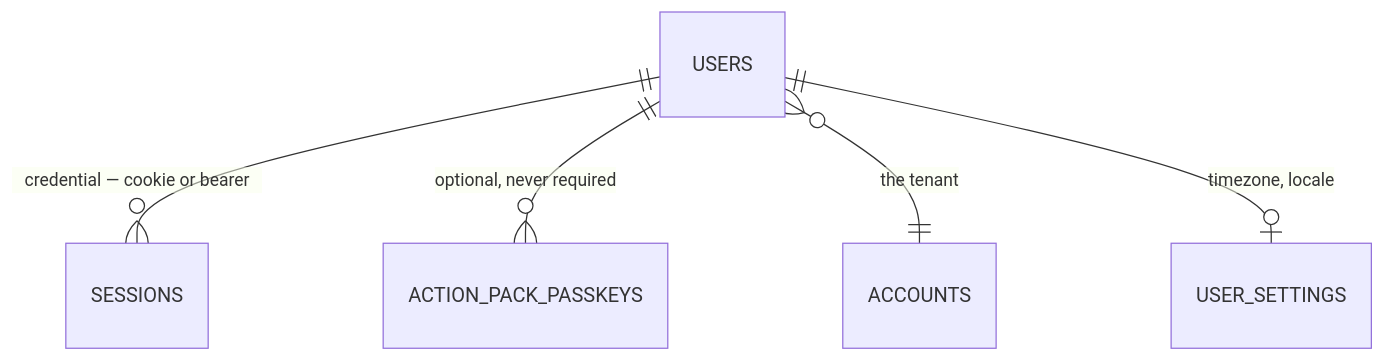
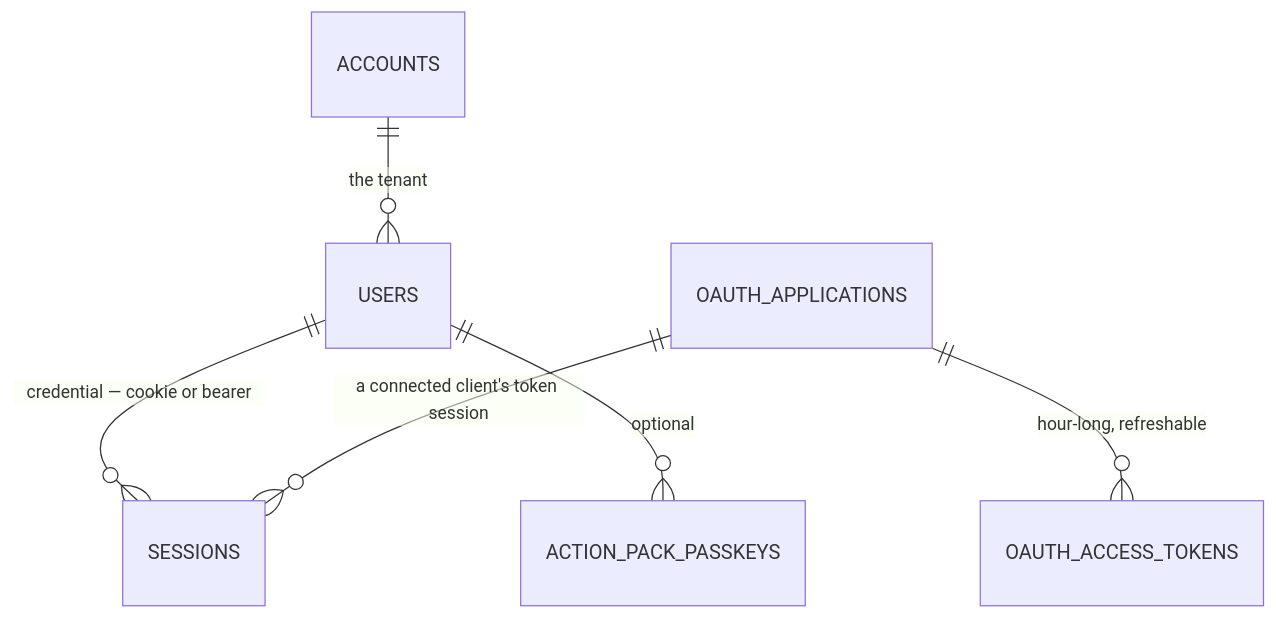
One commit to nexusaicodes/mudda changed the second of 5 diagrams in ERD.md. Above: the diagram before and after it, drawn with Mermaid. The commit also changed other lines of this file and 19 other files, not shown here.

````diff
--- a/ERD.md
+++ b/ERD.md
@@ -260,7 +282,8 @@
 ```mermaid
 erDiagram
+    ACCOUNTS ||--o{ USERS : "the tenant"
     USERS ||--o{ SESSIONS : "credential — cookie or bearer"
-    USERS ||--o{ ACTION_PACK_PASSKEYS : "optional, never required"
-    USERS }o--|| ACCOUNTS : "the tenant"
-    USERS ||--o| USER_SETTINGS : "timezone, locale"
+    USERS ||--o{ ACTION_PACK_PASSKEYS : "optional"
+    OAUTH_APPLICATIONS ||--o{ SESSIONS : "a connected client's token session"
+    OAUTH_APPLICATIONS ||--o{ OAUTH_ACCESS_TOKENS : "hour-long, refreshable"
 ```
````
